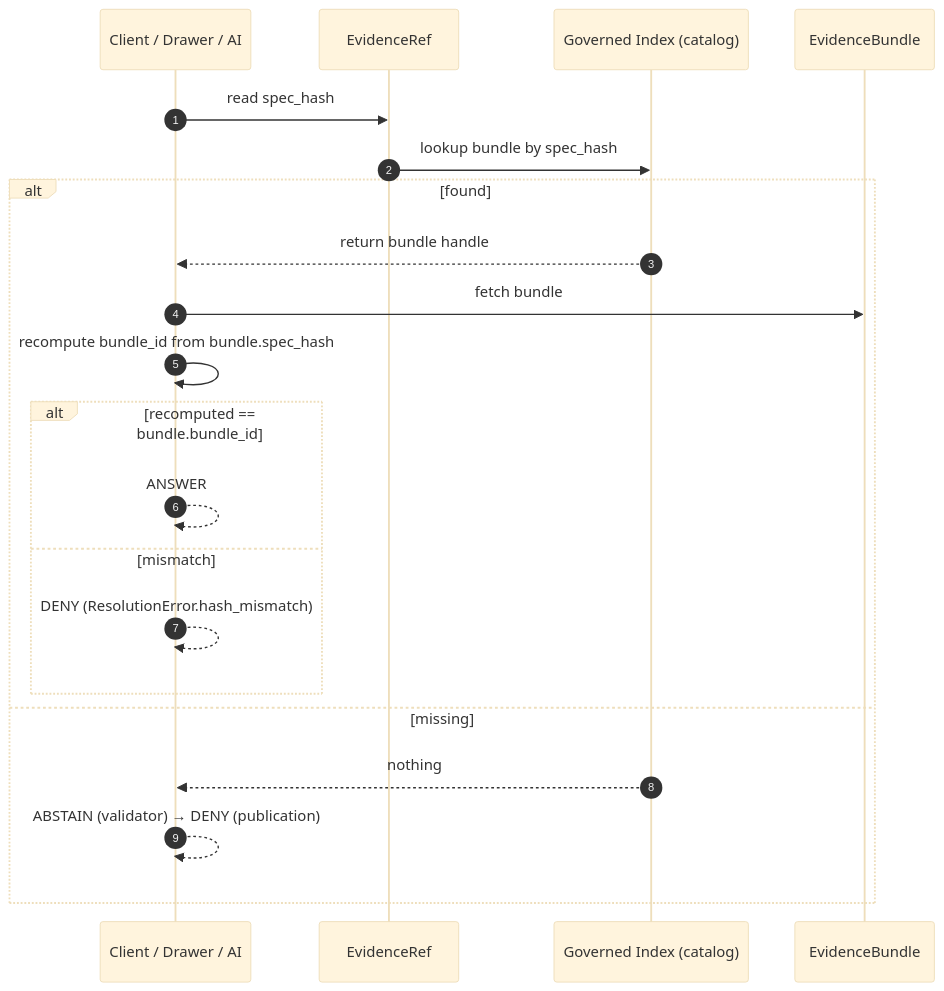
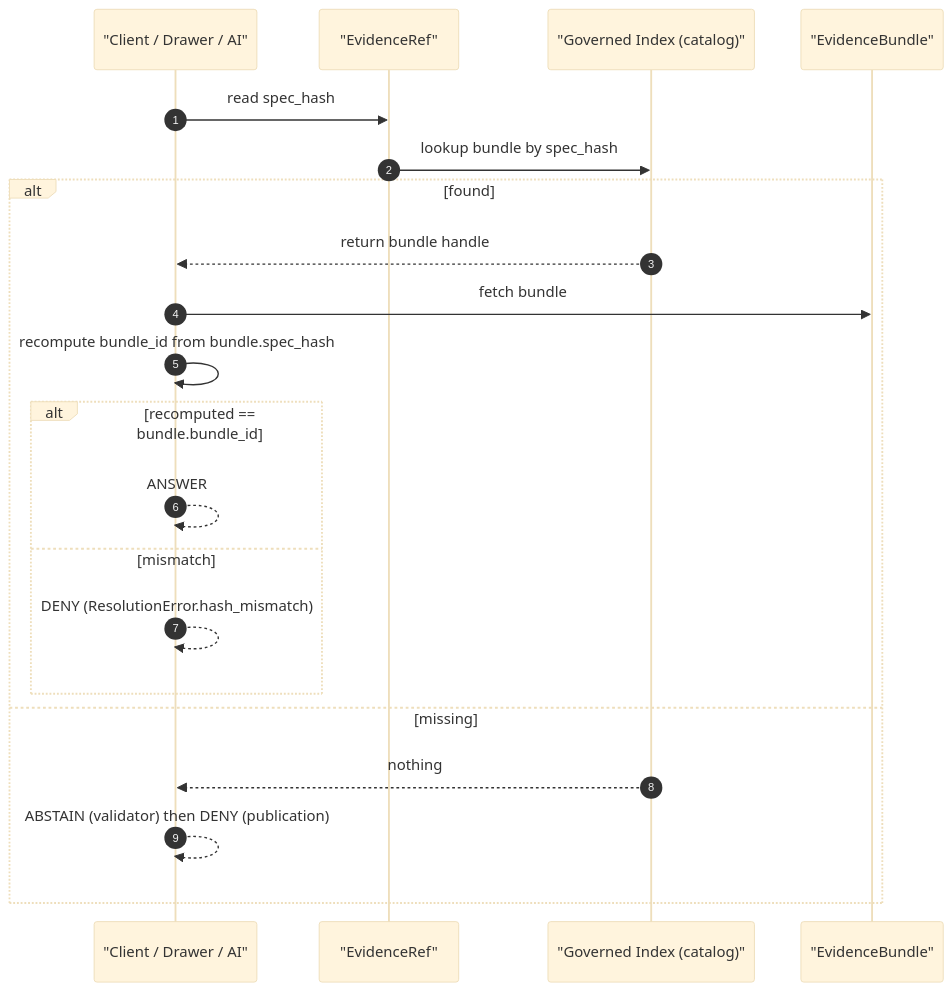
Before and after one commit to bartytime4life/Kansas-Frontier-Matrix: the second of 4 diagrams in docs/domains/geology/IDENTITY_MODEL.md, drawn with Mermaid (base theme). The commit also changed other lines of this file, not shown here.

````diff
--- a/docs/domains/geology/IDENTITY_MODEL.md
+++ b/docs/domains/geology/IDENTITY_MODEL.md
@@ -340,23 +357,23 @@
 ```mermaid
 sequenceDiagram
     autonumber
-    participant C as Client / Drawer / AI
-    participant R as EvidenceRef
-    participant X as Governed Index (catalog)
-    participant B as EvidenceBundle
+    participant C as "Client / Drawer / AI"
+    participant R as "EvidenceRef"
+    participant X as "Governed Index (catalog)"
+    participant B as "EvidenceBundle"
     C->>R: read spec_hash
     R->>X: lookup bundle by spec_hash
     alt found
         X-->>C: return bundle handle
         C->>B: fetch bundle
         C->>C: recompute bundle_id from bundle.spec_hash
         alt recomputed == bundle.bundle_id
             C-->>C: ANSWER
         else mismatch
             C-->>C: DENY (ResolutionError.hash_mismatch)
         end
     else missing
         X-->>C: nothing
-        C-->>C: ABSTAIN (validator) → DENY (publication)
+        C-->>C: ABSTAIN (validator) then DENY (publication)
     end
 ```
````
